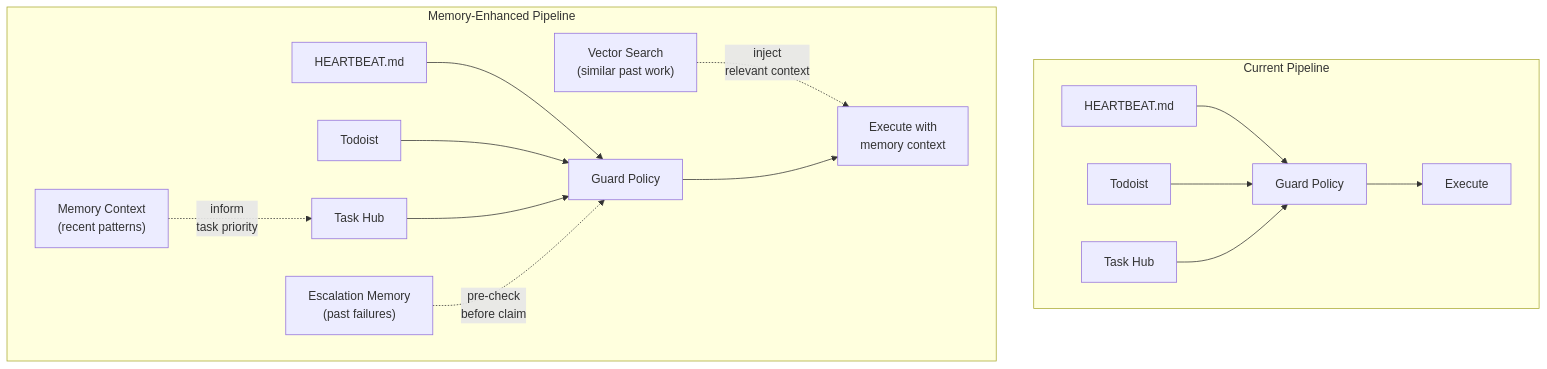
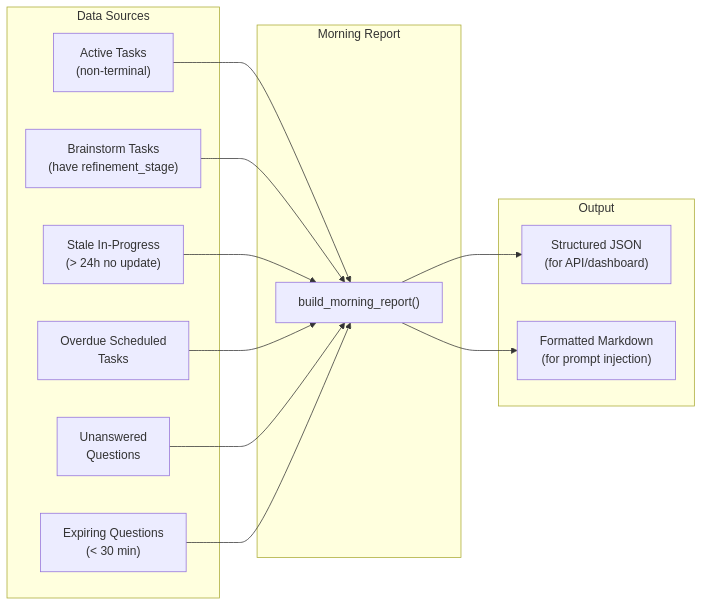
The eighth of 11 diagrams in docs/02_Subsystems/Proactive_Pipeline.md (Kjdragan/universal_agent), drawn with Mermaid before and after one commit. The commit also changed other lines of this file and 27 other files, not shown here.

First line of the commit message:
feat: proactive pipeline phases 5-7 — auto-refinement loop, completion feedback, capacity governor

````diff
--- a/docs/02_Subsystems/Proactive_Pipeline.md
+++ b/docs/02_Subsystems/Proactive_Pipeline.md
@@ -278,19 +417,30 @@
 ```mermaid
-flowchart TD
-    subgraph "Current Pipeline"
-        HB2["HEARTBEAT.md"] --> Guard2["Guard Policy"]
-        TD2["Todoist"] --> Guard2
-        TH2["Task Hub"] --> Guard2
-        Guard2 --> Exec2["Execute"]
+flowchart LR
+    subgraph "Data Sources"
+        AT["Active Tasks<br/>(non-terminal)"]
+        BT["Brainstorm Tasks<br/>(have refinement_stage)"]
+        ST["Stale In-Progress<br/>(> 24h no update)"]
+        OD["Overdue Scheduled<br/>Tasks"]
+        UQ["Unanswered<br/>Questions"]
+        EQ["Expiring Questions<br/>(< 30 min)"]
     end
 
-    subgraph "Memory-Enhanced Pipeline"
-        HB3["HEARTBEAT.md"] --> Guard3["Guard Policy"]
-        TD3["Todoist"] --> Guard3
-        TH3["Task Hub"] --> Guard3
-        MEM3["Memory Context<br/>(recent patterns)"] -.->|"inform<br/>task priority"| TH3
-        ESC3["Escalation Memory<br/>(past failures)"] -.->|"pre-check<br/>before claim"| Guard3
-        VEC3["Vector Search<br/>(similar past work)"] -.->|"inject<br/>relevant context"| Exec3
-        Guard3 --> Exec3["Execute with<br/>memory context"]
+    subgraph "Morning Report"
+        MR["build_morning_report()"]
     end
+
+    subgraph "Output"
+        JS["Structured JSON<br/>(for API/dashboard)"]
+        PT["Formatted Markdown<br/>(for prompt injection)"]
+    end
+
+    AT --> MR
+    BT --> MR
+    ST --> MR
+    OD --> MR
+    UQ --> MR
+    EQ --> MR
+
+    MR --> JS
+    MR --> PT
 ```
````
